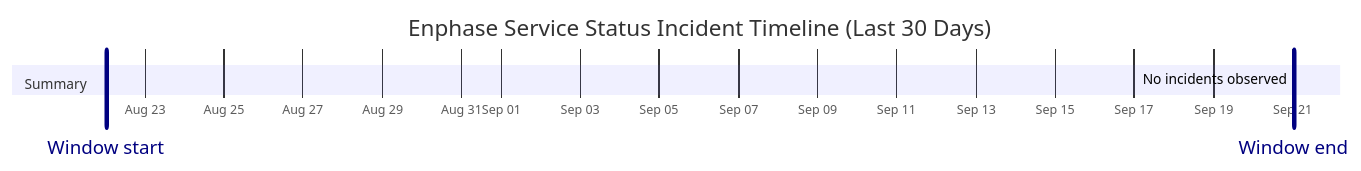
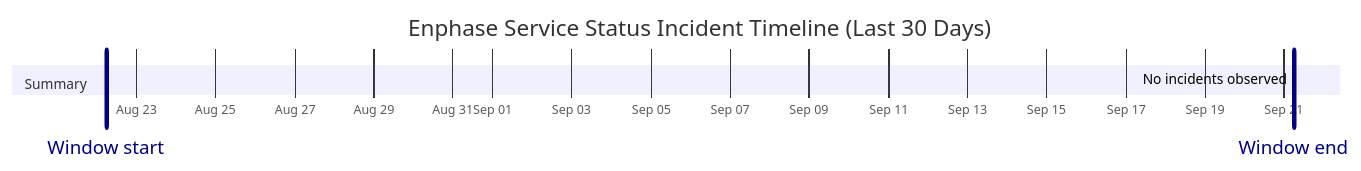
Before and after one commit to barneyonline/ha-enphase-energy: the diagram in wiki/Service-Status-History.md, drawn with Mermaid. The commit also changed other lines of this file and 3 other files, not shown here.

````diff
--- a/wiki/Service-Status-History.md
+++ b/wiki/Service-Status-History.md
@@ -14,10 +14,10 @@
 ```mermaid
 gantt
     title Enphase Service Status Incident Timeline (Last 30 Days)
     dateFormat  YYYY-MM-DDTHH:mm:ss
     axisFormat  %b %d
-    Window start :vert, window-start, 2026-08-22T00:50:26, 0ms
-    Window end :vert, window-end, 2026-09-21T00:50:26, 0ms
+    Window start :vert, window-start, 2026-08-22T05:54:30, 0ms
+    Window end :vert, window-end, 2026-09-21T05:54:30, 0ms
     section Summary
-    No incidents observed :done, 2026-09-21T00:50:26, 1m
+    No incidents observed :done, 2026-09-21T05:54:30, 1m
 ```
````
